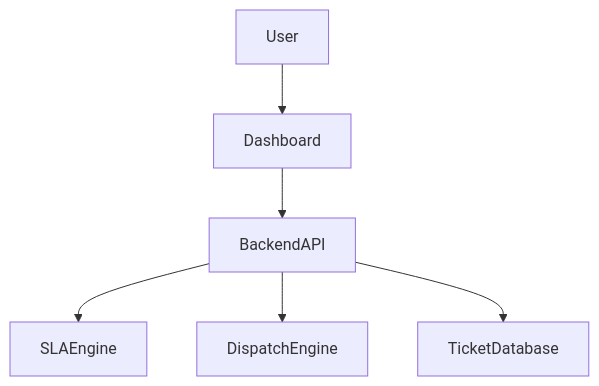
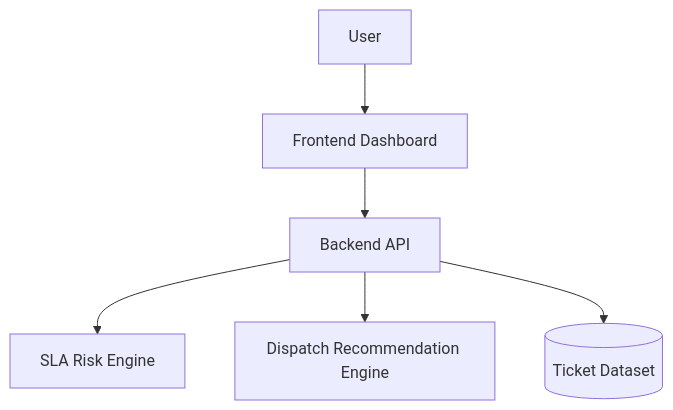
The second of 3 diagrams in ARCHITECTURE.md (Asante071/s3g-smart-dispatch-system), drawn with Mermaid before and after one commit. The commit also changed other lines of this file, not shown here.

Commit message:
Added C4 Context, Container and Component diagrams

````diff
--- a/ARCHITECTURE.md
+++ b/ARCHITECTURE.md
@@ -70,9 +86,12 @@
 ```mermaid
 flowchart TD
 
-User --> Dashboard
-Dashboard --> BackendAPI
-BackendAPI --> SLAEngine
-BackendAPI --> DispatchEngine
-BackendAPI --> TicketDatabase
+User --> Dashboard[Frontend Dashboard]
+
+Dashboard --> API[Backend API]
+
+API --> SLAEngine[SLA Risk Engine]
+API --> DispatchEngine[Dispatch Recommendation Engine]
+
+API --> TicketDB[(Ticket Dataset)]
 ```
````
